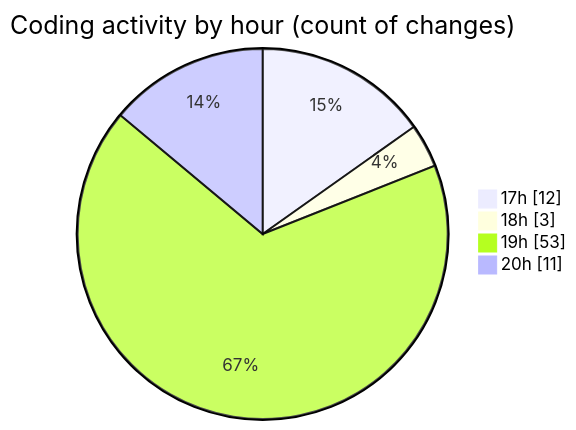
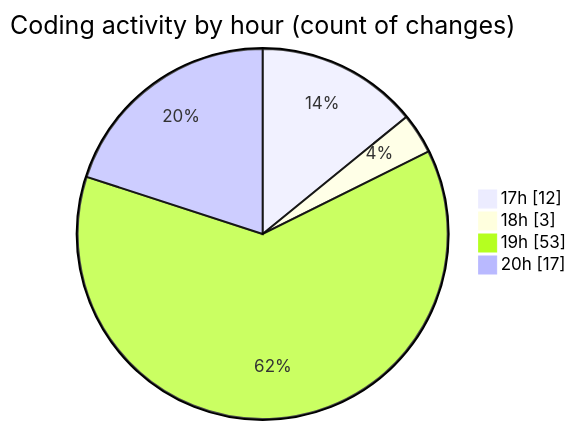
The second of 2 diagrams in 2025-06-19/scopecraft/README.md (Ritupan-Deka/code-tracking), drawn with Mermaid before and after one commit. The commit also changed other lines of this file and 1 other file, not shown here.

````diff
--- a/2025-06-19/scopecraft/README.md
+++ b/2025-06-19/scopecraft/README.md
@@ -44,8 +44,8 @@
 ```mermaid
 pie showData
 title Coding activity by hour (count of changes)
 "17h" : 12
 "18h" : 3
 "19h" : 53
-"20h" : 11
+"20h" : 17
 ```
````
